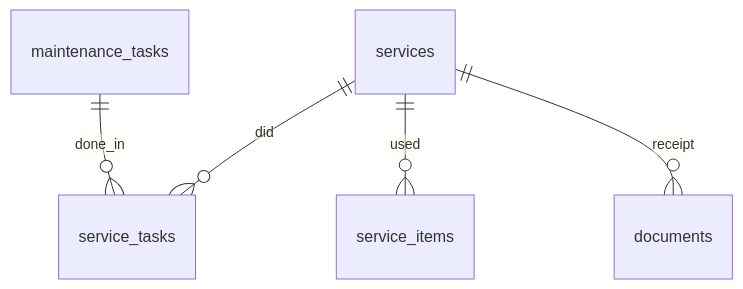
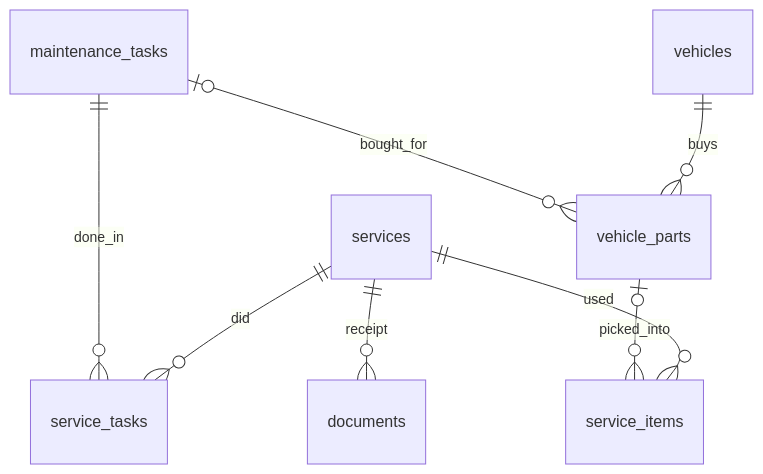
One commit to tmy-code/tmy_garage changed the third of 3 diagrams in docs/data-model.md. Above: the diagram before and after it, drawn with Mermaid. The commit also changed other lines of this file and 18 other files, not shown here.

Commit message:
Add a parts list per vehicle, picked when logging a service, with prices

````diff
--- a/docs/data-model.md
+++ b/docs/data-model.md
@@ -192,7 +194,10 @@
 ```mermaid
 erDiagram
   services ||--o{ service_tasks : did
   maintenance_tasks ||--o{ service_tasks : done_in
   services ||--o{ service_items : used
+  vehicles ||--o{ vehicle_parts : buys
+  vehicle_parts |o--o{ service_items : picked_into
+  maintenance_tasks |o--o{ vehicle_parts : bought_for
   services ||--o{ documents : receipt
 ```
````
